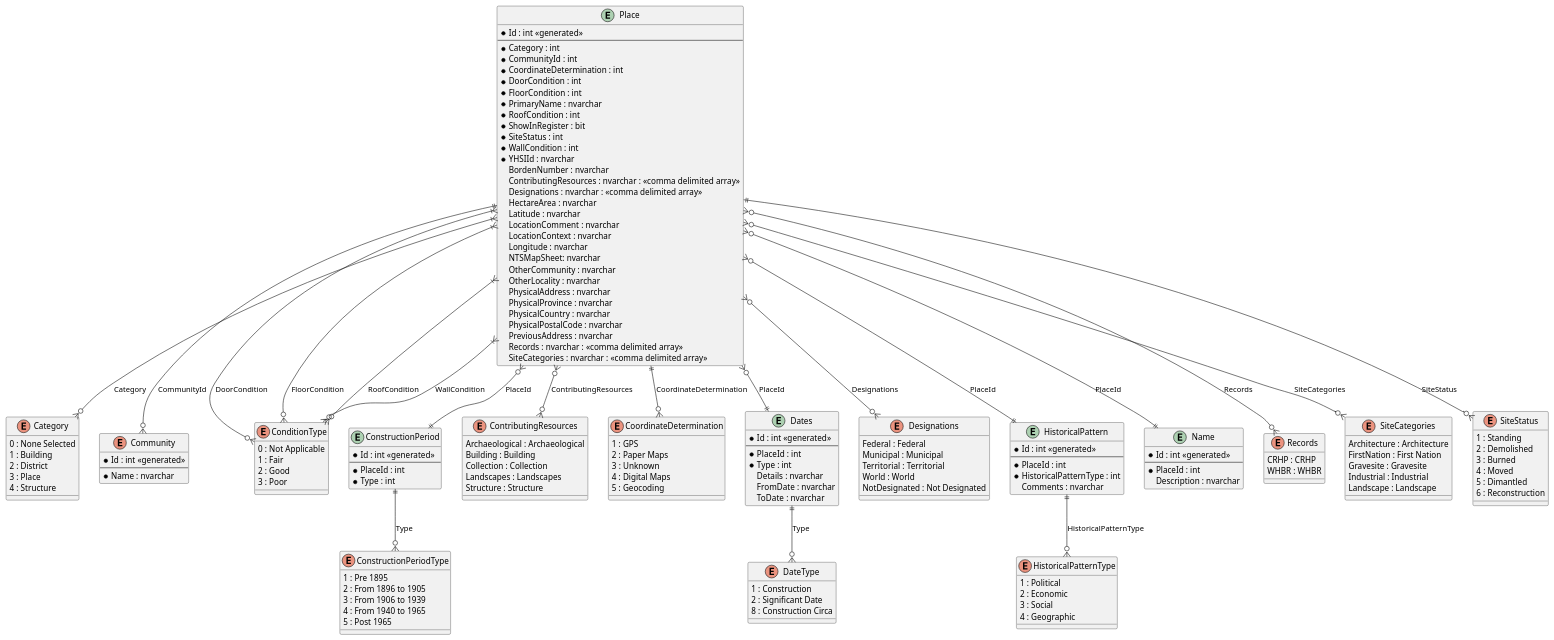
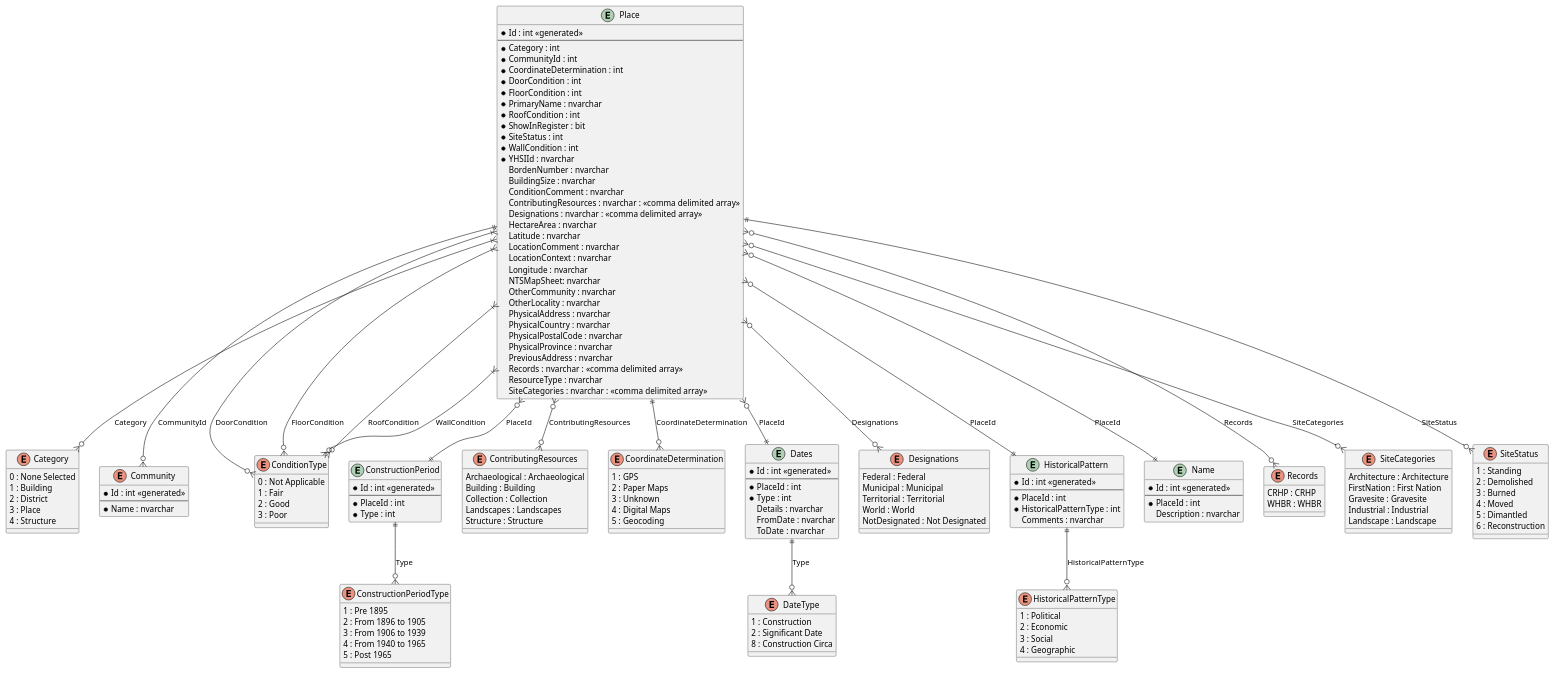
The diagram in Design/change-tracking-and-approvals-data-modeling.wsd (ytgov/yhsi), drawn with PlantUML before and after one commit. The commit also changed 1 other file, not shown here.

Commit message:
:memo: Add final Date & Condition fields to data model.

```diff
--- a/Design/change-tracking-and-approvals-data-modeling.wsd
+++ b/Design/change-tracking-and-approvals-data-modeling.wsd
@@ -1,177 +1,180 @@
 @startuml
 
 entity "Place" as place {
   * Id : int <<generated>>
   --
   * Category : int
   * CommunityId : int
   * CoordinateDetermination : int
   * DoorCondition : int
   * FloorCondition : int
   * PrimaryName : nvarchar
   * RoofCondition : int
   * ShowInRegister : bit
   * SiteStatus : int
   * WallCondition : int
   * YHSIId : nvarchar
   BordenNumber : nvarchar
+  BuildingSize : nvarchar
+  ConditionComment : nvarchar
   ContributingResources : nvarchar : <<comma delimited array>>
   Designations : nvarchar : <<comma delimited array>>
   HectareArea : nvarchar
   Latitude : nvarchar
   LocationComment : nvarchar
   LocationContext : nvarchar
   Longitude : nvarchar
   NTSMapSheet: nvarchar
   OtherCommunity : nvarchar
   OtherLocality : nvarchar
   PhysicalAddress : nvarchar
-  PhysicalProvince : nvarchar
   PhysicalCountry : nvarchar
   PhysicalPostalCode : nvarchar
+  PhysicalProvince : nvarchar
   PreviousAddress : nvarchar
   Records : nvarchar : <<comma delimited array>>
+  ResourceType : nvarchar
   SiteCategories : nvarchar : <<comma delimited array>>
 }
 
 enum "Category" as category {
   0 : None Selected
   1 : Building
   2 : District
   3 : Place
   4 : Structure
 }
 
 enum "Community" as community {
   * Id : int <<generated>>
   --
   * Name : nvarchar
 }
 
 enum "ConditionType" as condition_type {
   0 : Not Applicable
   1 : Fair
   2 : Good
   3 : Poor
 }
 
 entity "ConstructionPeriod" as construction_period {
   * Id : int <<generated>>
   --
   * PlaceId : int
   * Type : int
 }
 
 enum "ConstructionPeriodType" as construction_period_type {
   1 : Pre 1895
   2 : From 1896 to 1905
   3 : From 1906 to 1939
   4 : From 1940 to 1965
   5 : Post 1965
 }
 
 enum "ContributingResources" as contributing_resources {
   Archaeological : Archaeological
   Building : Building
   Collection : Collection
   Landscapes : Landscapes
   Structure : Structure
 }
 
 enum "CoordinateDetermination" as coordinate_determination {
   1 : GPS
   2 : Paper Maps
   3 : Unknown
   4 : Digital Maps
   5 : Geocoding
 }
 
 entity "Dates" as dates {
   * Id : int <<generated>>
   --
   * PlaceId : int
   * Type : int
   Details : nvarchar
   FromDate : nvarchar
   ToDate : nvarchar
 }
 
 enum "DateType" as date_type {
   1 : Construction
   2 : Significant Date
   8 : Construction Circa
 }
 
 enum "Designations" as designations {
   Federal : Federal
   Municipal : Municipal
   Territorial : Territorial
   World : World
   NotDesignated : Not Designated
 }
 
 entity "HistoricalPattern" as historical_pattern {
   * Id : int <<generated>>
   --
   * PlaceId : int
   * HistoricalPatternType : int
   Comments : nvarchar
 }
 
 enum "HistoricalPatternType" as historical_pattern_type {
   1 : Political
   2 : Economic
   3 : Social
   4 : Geographic
 }
 
 entity "Name" as name {
   * Id : int <<generated>>
   --
   * PlaceId : int
   Description : nvarchar
 }
 
 enum "Records" as records {
   CRHP : CRHP
   WHBR : WHBR
 }
 
 enum "SiteCategories" as site_categories {
   Architecture : Architecture
   FirstNation : First Nation
   Gravesite : Gravesite
   Industrial : Industrial
   Landscape : Landscape
 }
 
 enum "SiteStatus" as site_status {
- 1 : Standing
- 2 : Demolished
- 3 : Burned
- 4 : Moved
- 5 : Dimantled
- 6 : Reconstruction
+  1 : Standing
+  2 : Demolished
+  3 : Burned
+  4 : Moved
+  5 : Dimantled
+  6 : Reconstruction
 }
 
 place }|--o{ category : Category
 place ||--o{ community : CommunityId
 place }|--o{ condition_type : DoorCondition
 place }|--o{ condition_type : FloorCondition
 place }|--o{ condition_type : RoofCondition
 place }|--o{ condition_type : WallCondition
 place }o--|| construction_period : PlaceId
 place }o--o{ contributing_resources : ContributingResources
 place ||--o{ coordinate_determination : CoordinateDetermination
 place }o--|| dates : PlaceId
 place }o--o{ designations : Designations
 place }o--|| historical_pattern : PlaceId
 place }o--|| name : PlaceId
 place }o--o{ records : Records
 place }o--o{ site_categories : SiteCategories
 place ||--o{ site_status : SiteStatus
 historical_pattern ||--o{ historical_pattern_type : HistoricalPatternType
 dates ||--o{ date_type : Type
 construction_period ||--o{ construction_period_type : Type
 
 @enduml
```
